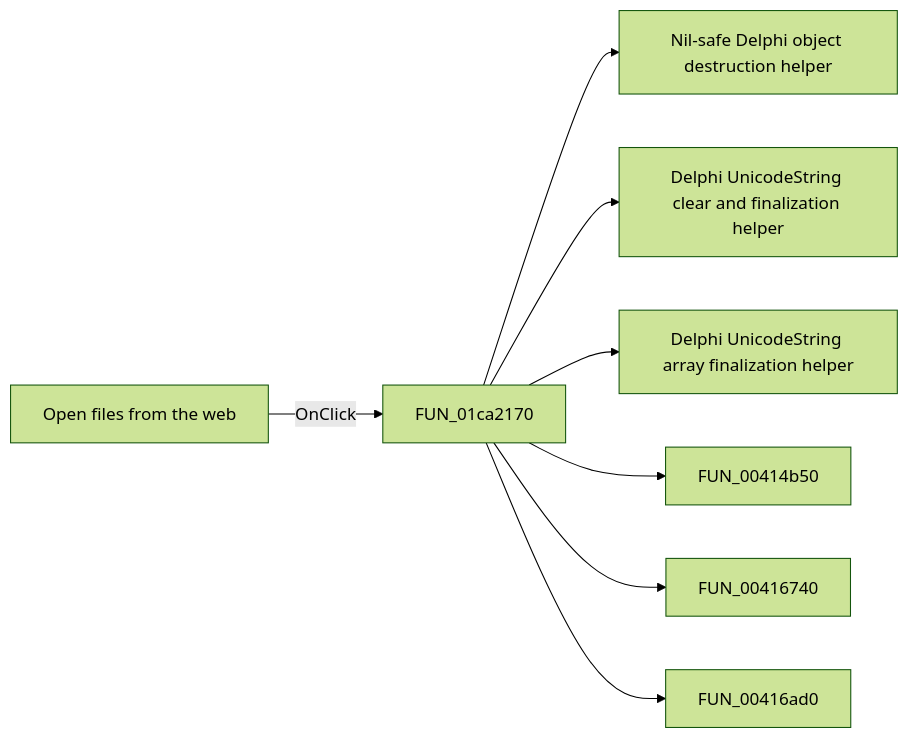
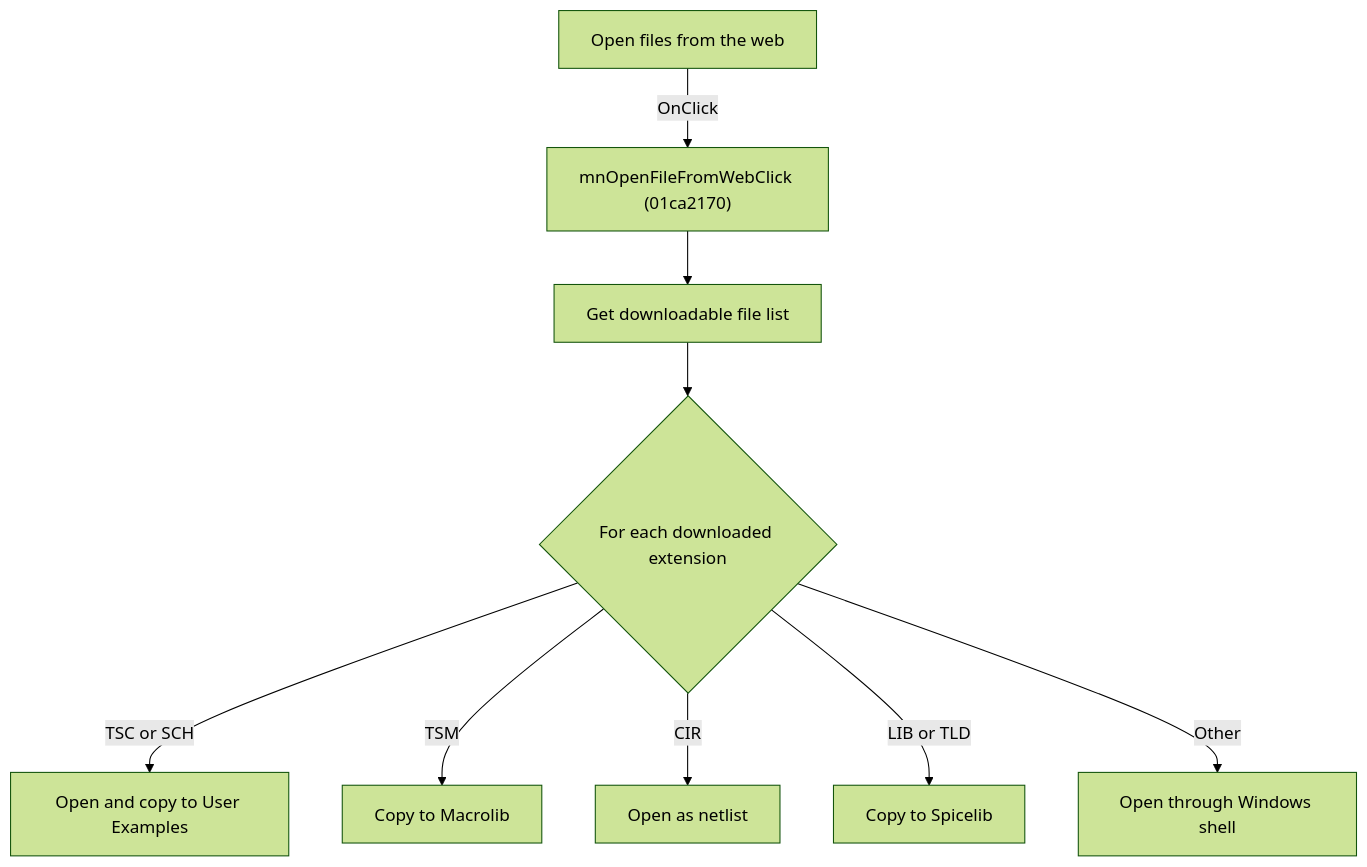
Before and after one commit to MovGP0/TIARA: the diagram in docs/ui-controls/schematiceditor/dfopenfromwebbtn-afb045198a.md, drawn with Mermaid (forest theme). The commit also changed other lines of this file and 1062 other files, not shown here.

````diff
--- a/docs/ui-controls/schematiceditor/dfopenfromwebbtn-afb045198a.md
+++ b/docs/ui-controls/schematiceditor/dfopenfromwebbtn-afb045198a.md
@@ -27,10 +27,11 @@
 ```mermaid
-flowchart LR
-    control["Open files from the web"] -->|OnClick| handler["FUN_01ca2170"]
-    handler --> call1["Nil-safe Delphi object destruction helper"]
-    handler --> call2["Delphi UnicodeString clear and finalization helper"]
-    handler --> call3["Delphi UnicodeString array finalization helper"]
-    handler --> call4["FUN_00414b50"]
-    handler --> call5["FUN_00416740"]
-    handler --> call6["FUN_00416ad0"]
+flowchart TD
+    control["Open files from the web"] -->|"OnClick"| handler["mnOpenFileFromWebClick (01ca2170)"]
+    handler --> list["Get downloadable file list"]
+    list --> files{"For each downloaded extension"}
+    files -->|"TSC or SCH"| schematic["Open and copy to User Examples"]
+    files -->|"TSM"| macro["Copy to Macrolib"]
+    files -->|"CIR"| netlist["Open as netlist"]
+    files -->|"LIB or TLD"| library["Copy to Spicelib"]
+    files -->|"Other"| shell["Open through Windows shell"]
 ```
````
